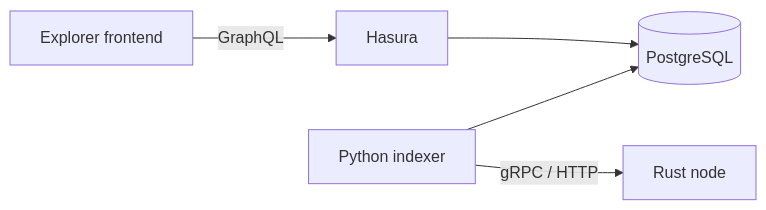
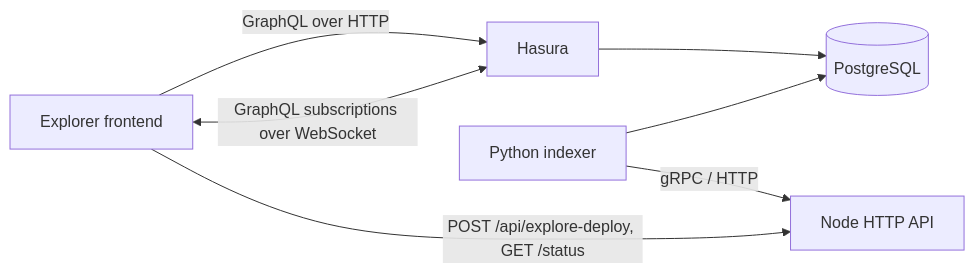
The first of 2 diagrams in architecture/component-diagrams/explorer/index.md (asi-alliance/asi-chain-docs-portal), drawn with Mermaid before and after one commit. The commit also changed other lines of this file and 3 other files, not shown here.

Commit message:
[AS-913] Rewrite explorer components and node state diagrams for the Rust node

````diff
--- a/architecture/component-diagrams/explorer/index.md
+++ b/architecture/component-diagrams/explorer/index.md
@@ -5,7 +5,10 @@
 ```mermaid
 flowchart LR
-  Browser[Explorer frontend] -->|GraphQL| Hasura[Hasura]
+  Browser[Explorer frontend]
+  Browser -->|GraphQL over HTTP| Hasura[Hasura]
+  Browser <-->|GraphQL subscriptions over WebSocket| Hasura
+  Browser -->|POST /api/explore-deploy, GET /status| Node[Node HTTP API]
   Hasura --> PG[(PostgreSQL)]
   Indexer[Python indexer] --> PG
-  Indexer -->|gRPC / HTTP| Node[Rust node]
+  Indexer -->|gRPC / HTTP| Node
 ```
````
